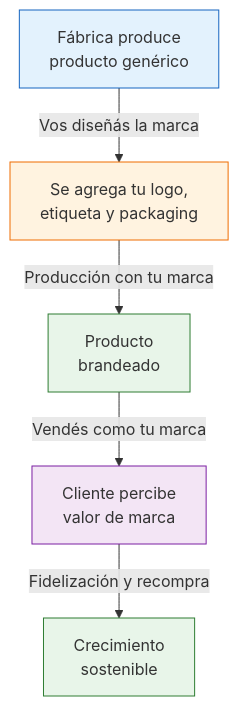
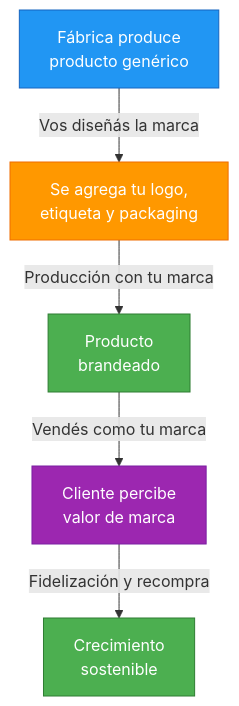
Before and after one commit to barrosignacioezequiel-coder/docs: the diagram in app/paso1-argentina/empezar-de-cero/marca-blanca.mdx, drawn with Mermaid. The commit also changed 66 other files, not shown here.

First line of the commit message:
fix: resolve Mermaid v11 numbered list errors + improve contrast

````diff
--- a/app/paso1-argentina/empezar-de-cero/marca-blanca.mdx
+++ b/app/paso1-argentina/empezar-de-cero/marca-blanca.mdx
@@ -15,13 +15,13 @@
 ```mermaid
 graph TD
     A["Fábrica produce<br/>producto genérico"] -->|"Vos diseñás la marca"| B["Se agrega tu logo,<br/>etiqueta y packaging"]
     B -->|"Producción con tu marca"| C["Producto<br/>brandeado"]
     C -->|"Vendés como tu marca"| D["Cliente percibe<br/>valor de marca"]
     D -->|"Fidelización y recompra"| E["Crecimiento<br/>sostenible"]
 
-    style A fill:#e3f2fd,stroke:#1565c0
-    style B fill:#fff3e0,stroke:#ef6c00
-    style C fill:#e8f5e9,stroke:#2e7d32
-    style D fill:#f3e5f5,stroke:#7b1fa2
-    style E fill:#e8f5e9,stroke:#2e7d32
+    style A fill:#2196f3,stroke:#1565c0,color:#fff
+    style B fill:#ff9800,stroke:#ef6c00,color:#fff
+    style C fill:#4caf50,stroke:#2e7d32,color:#fff
+    style D fill:#9c27b0,stroke:#7b1fa2,color:#fff
+    style E fill:#4caf50,stroke:#2e7d32,color:#fff
 ```
````
